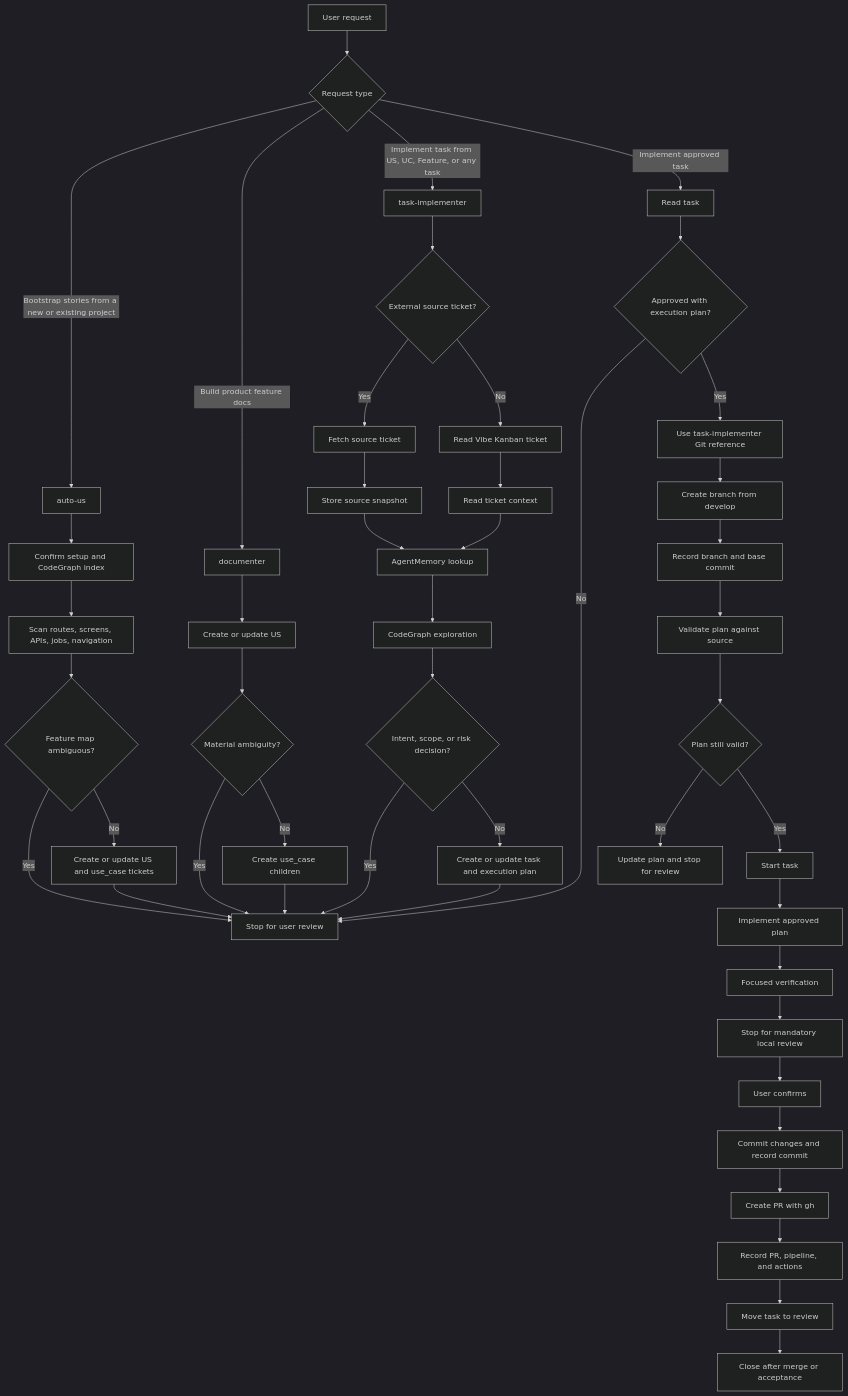
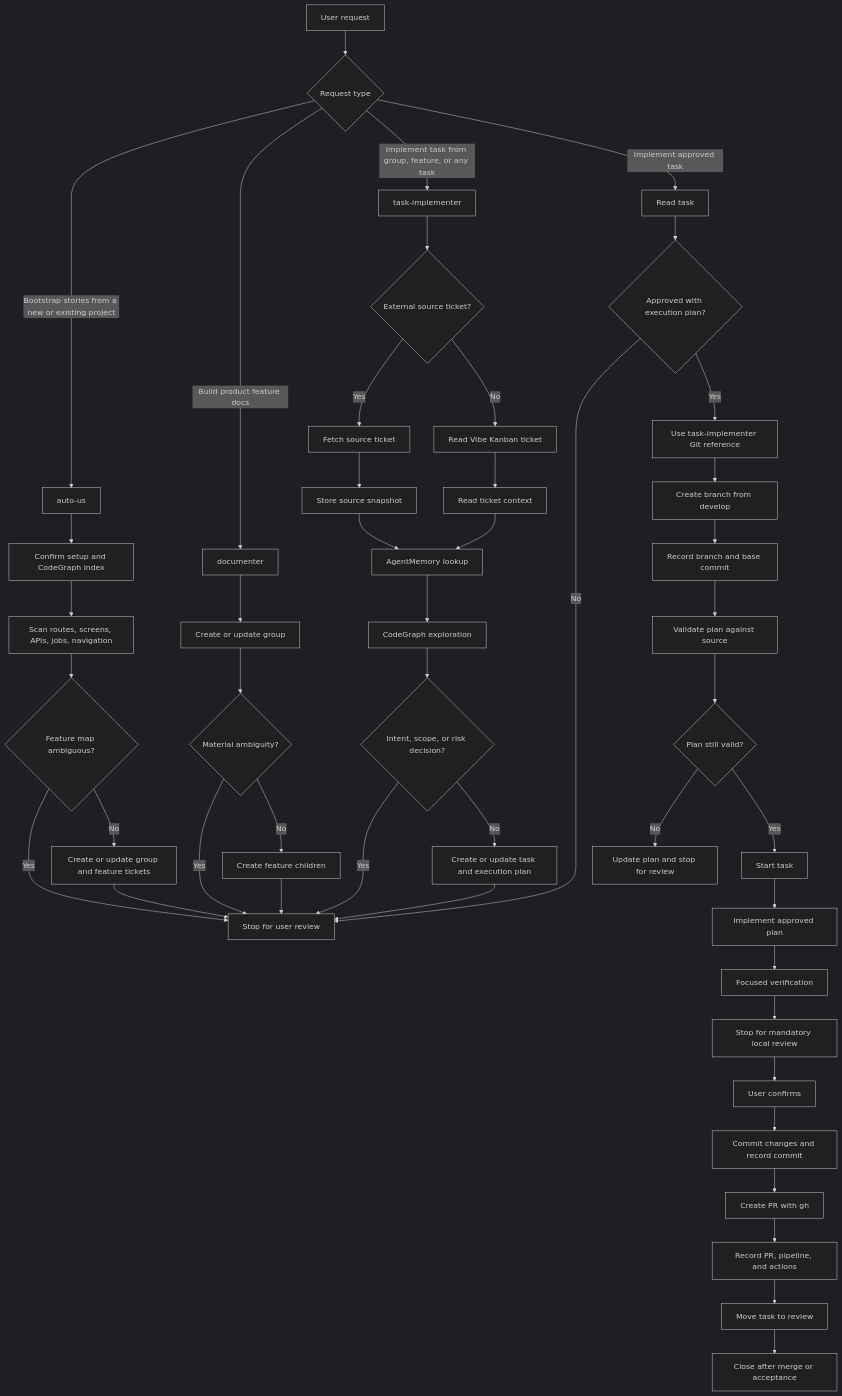
One commit to duongtrungnguyenrc/agent-workspace changed the diagram in README.md. Above: the diagram before and after it, drawn with Mermaid (dark theme). The commit also changed other lines of this file and 19 other files, not shown here.

````diff
--- a/README.md
+++ b/README.md
@@ -84,53 +84,53 @@
 ```mermaid
 flowchart TD
     A[User request] --> B{Request type}
 
     B -->|Bootstrap stories from a new or existing project| AU[auto-us]
     AU --> AU1[Confirm setup and CodeGraph index]
     AU1 --> AU2[Scan routes, screens, APIs, jobs, navigation]
     AU2 --> AUQ{Feature map ambiguous?}
     AUQ -->|Yes| F[Stop for user review]
-    AUQ -->|No| AU3[Create or update US and use_case tickets]
+    AUQ -->|No| AU3[Create or update group and feature tickets]
     AU3 --> F
 
     B -->|Build product feature docs| C[documenter]
-    C --> D[Create or update US]
+    C --> D[Create or update group]
     D --> DQ{Material ambiguity?}
     DQ -->|Yes| F
-    DQ -->|No| E[Create use_case children]
+    DQ -->|No| E[Create feature children]
     E --> F
 
-    B -->|Implement task from US, UC, Feature, or any task | G[task-implementer]
+    B -->|Implement task from group, feature, or any task | G[task-implementer]
     G --> H{External source ticket?}
     H -->|Yes| I[Fetch source ticket]
     H -->|No| J[Read Vibe Kanban ticket]
     I --> K[Store source snapshot]
     J --> L[Read ticket context]
     K --> M[AgentMemory lookup]
     L --> M
     M --> N[CodeGraph exploration]
     N --> NQ{Intent, scope, or risk decision?}
     NQ -->|Yes| F
     NQ -->|No| O[Create or update task and execution plan]
     O --> F
 
     B -->|Implement approved task| P[Read task]
     P --> Q{Approved with execution plan?}
     Q -->|No| F
       Q -->|Yes| R[Use task-implementer Git reference]
     R --> S[Create branch from develop]
     S --> T[Record branch and base commit]
     T --> U[Validate plan against source]
     U --> V{Plan still valid?}
     V -->|No| W[Update plan and stop for review]
     V -->|Yes| X[Start task]
     X --> Y[Implement approved plan]
     Y --> AA[Focused verification]
       AA --> AB[Stop for mandatory local review]
       AB --> AC[User confirms]
       AC --> AD[Commit changes and record commit]
       AD --> AE[Create PR with gh]
       AE --> AF[Record PR, pipeline, and actions]
       AF --> AG[Move task to review]
       AG --> AH[Close after merge or acceptance]
 ```
````
